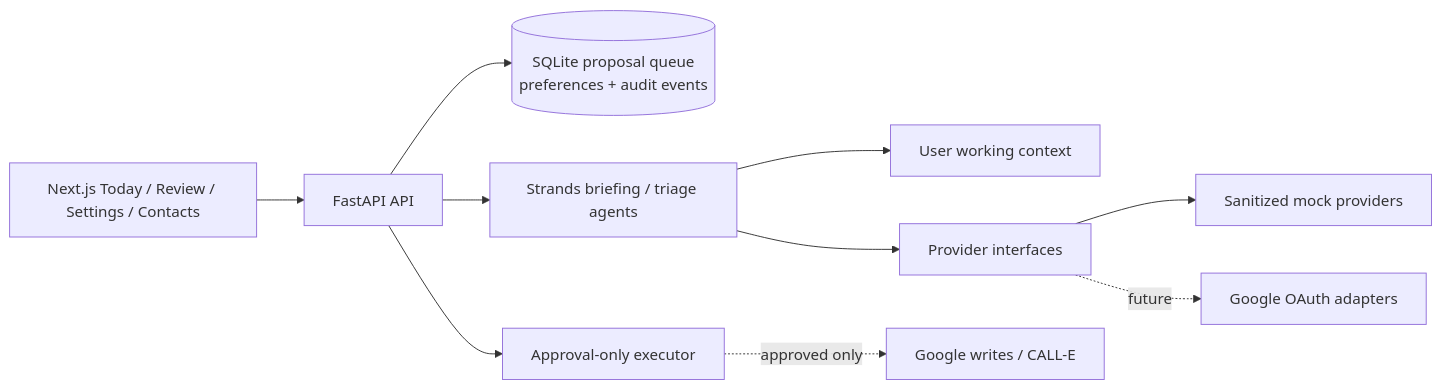
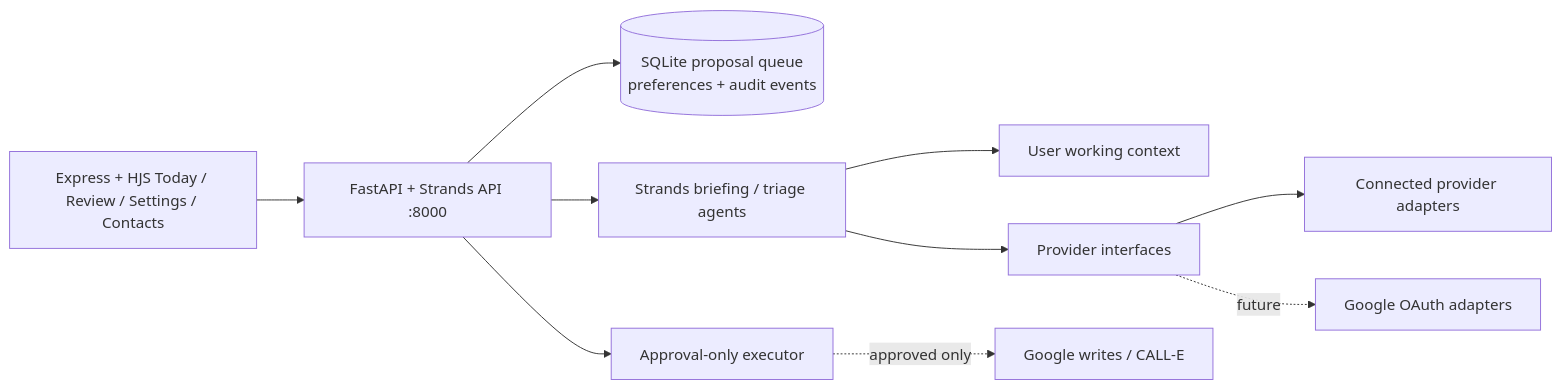
Before and after one commit to juliana-hill/openpip.me: the diagram in docs/ARCHITECTURE.md, drawn with Mermaid. The commit also changed other lines of this file and 6 other files, not shown here.

````diff
--- a/docs/ARCHITECTURE.md
+++ b/docs/ARCHITECTURE.md
@@ -3,12 +7,12 @@
 ```mermaid
 flowchart LR
-  UI[Next.js Today / Review / Settings / Contacts] --> API[FastAPI API]
+ UI[Express + HJS Today / Review / Settings / Contacts] --> API[FastAPI + Strands API :8000]
   API --> Store[(SQLite proposal queue\npreferences + audit events)]
   API --> Agent[Strands briefing / triage agents]
   Agent --> Context[User working context]
   Agent --> Providers[Provider interfaces]
-  Providers --> Mock[Sanitized mock providers]
+  Providers --> Connected[Connected provider adapters]
   Providers -. future .-> Google[Google OAuth adapters]
   API --> Gate[Approval-only executor]
   Gate -. approved only .-> Effects[Google writes / CALL-E]
 ```
````
